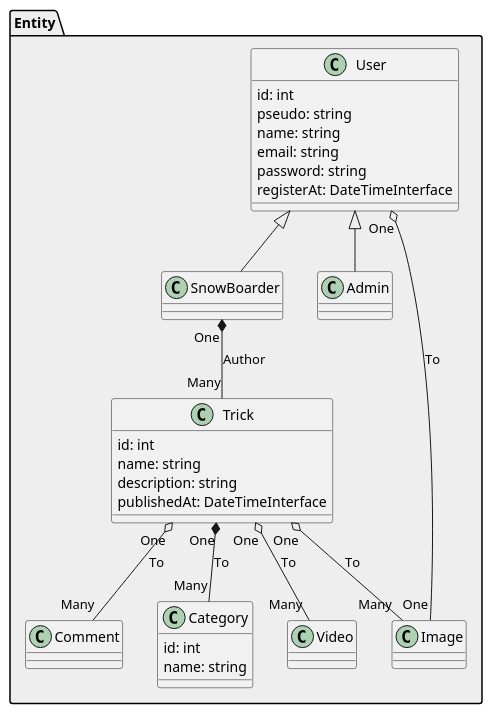
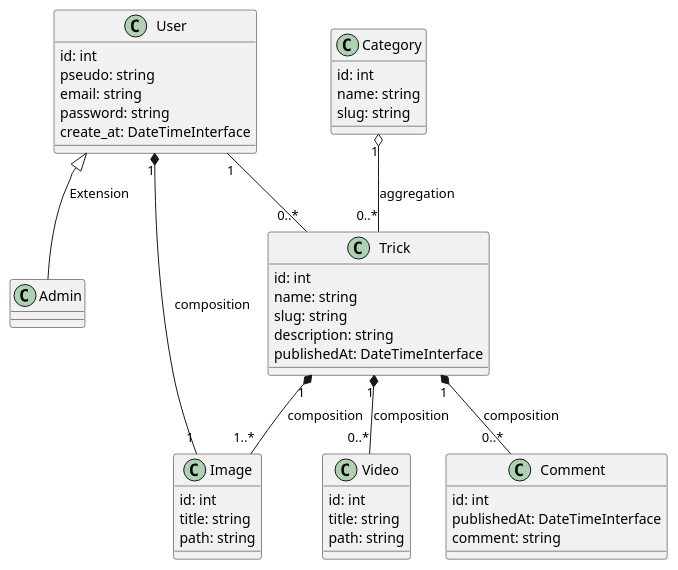
One commit to sjaulin/snowtricks changed the diagram in uml/classes.puml. Above: the diagram before and after it, drawn with PlantUML. The commit also changed 1 other file, not shown here.

Commit message:
update Uml diagram

```diff
--- a/uml/classes.puml
+++ b/uml/classes.puml
@@ -1,45 +1,53 @@
-@startuml
-package "Entity" #eeeeee {
+@startuml Classes
         class User {
             {field} id: int
             {field} pseudo: string
-            {field} name: string
             {field} email: string
             {field} password: string
-            {field} registerAt: DateTimeInterface
-        }
-
-        class SnowBoarder {
-
+            {field} create_at: DateTimeInterface
         }
 
         class Admin 
 
         class Category {
             {field} id: int
             {field} name: string
+            {field} slug: string
         }
         
         class Trick {
             {field} id: int
             {field} name: string
+            {field} slug: string
             {field} description: string
             {field} publishedAt: DateTimeInterface
         }
 
-        class Image 
-        class Video
-        class Comment
+        class Image {
+            {field} id: int
+            {field} title: string
+            {field} path: string
+        }
 
-        User <|-- SnowBoarder
-        User <|-- Admin
+        class Video {
+            {field} id: int
+            {field} title: string
+            {field} path: string
+        }
 
-        User "One" o-- "One" Image : To
-        SnowBoarder "One" *-- "Many" Trick : Author
+        class Comment {
+            {field} id: int
+            {field} publishedAt: DateTimeInterface
+            {field} comment: string
+        }
 
-        Trick "One" *-- "Many" Category : To
-        Trick "One" o-- "Many" Image : To
-        Trick "One" o-- "Many" Video : To
-        Trick "One" o-- "Many" Comment : To
-    }
+        User <|-- Admin : Extension
+
+        User "1" *-- "1" Image : composition
+        User "1" -- "0..*" Trick
+
+        Category "1" o-- "0..*" Trick : aggregation
+        Trick "1" *-- "1..*" Image : composition
+        Trick "1" *-- "0..*" Video : composition
+        Trick "1" *-- "0..*" Comment : composition
 @enduml
```
